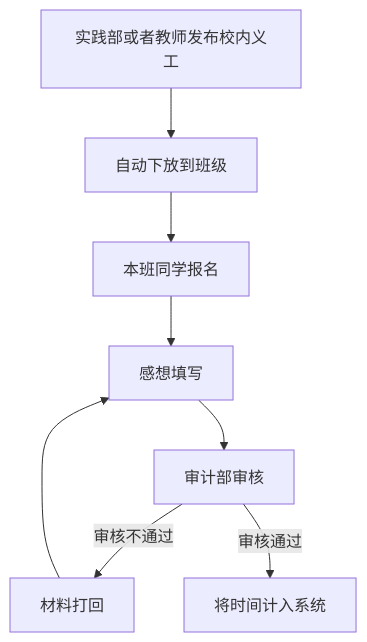
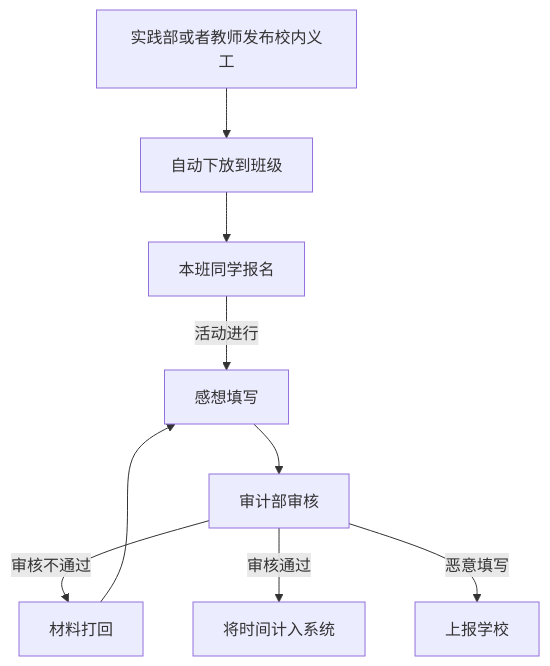
Before and after one commit to zvms/zvms2: the second of 4 diagrams in web/src/docs/content/flowchart/content.md, drawn with Mermaid. The commit also changed other lines of this file and 29 other files, not shown here.

````diff
--- a/web/src/docs/content/flowchart/content.md
+++ b/web/src/docs/content/flowchart/content.md
@@ -23,10 +26,11 @@
 ```mermaid
 graph TD;
 实践部或者教师发布校内义工-->自动下放到班级;
 自动下放到班级-->本班同学报名;
-本班同学报名-->感想填写;
+本班同学报名-->|活动进行|感想填写;
 感想填写-->审计部审核;
 审计部审核-->|审核不通过|材料打回;
 审计部审核-->|审核通过|将时间计入系统;
+审计部审核-->|恶意填写|上报学校;
 材料打回-->感想填写;
 ```
````
